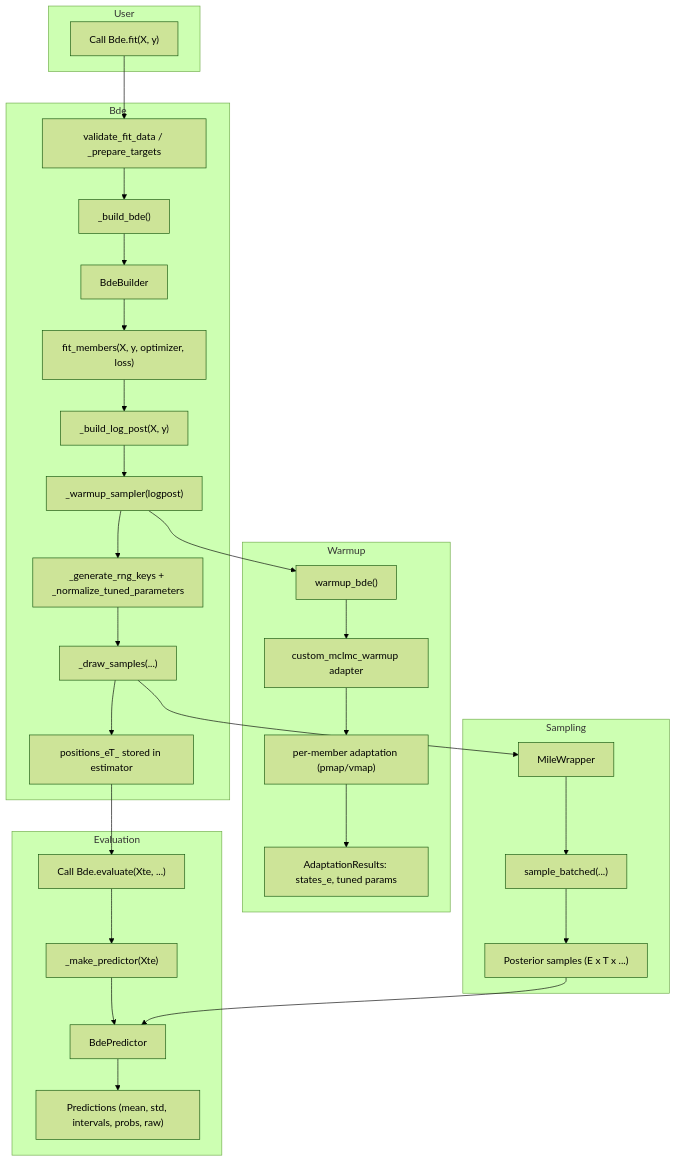
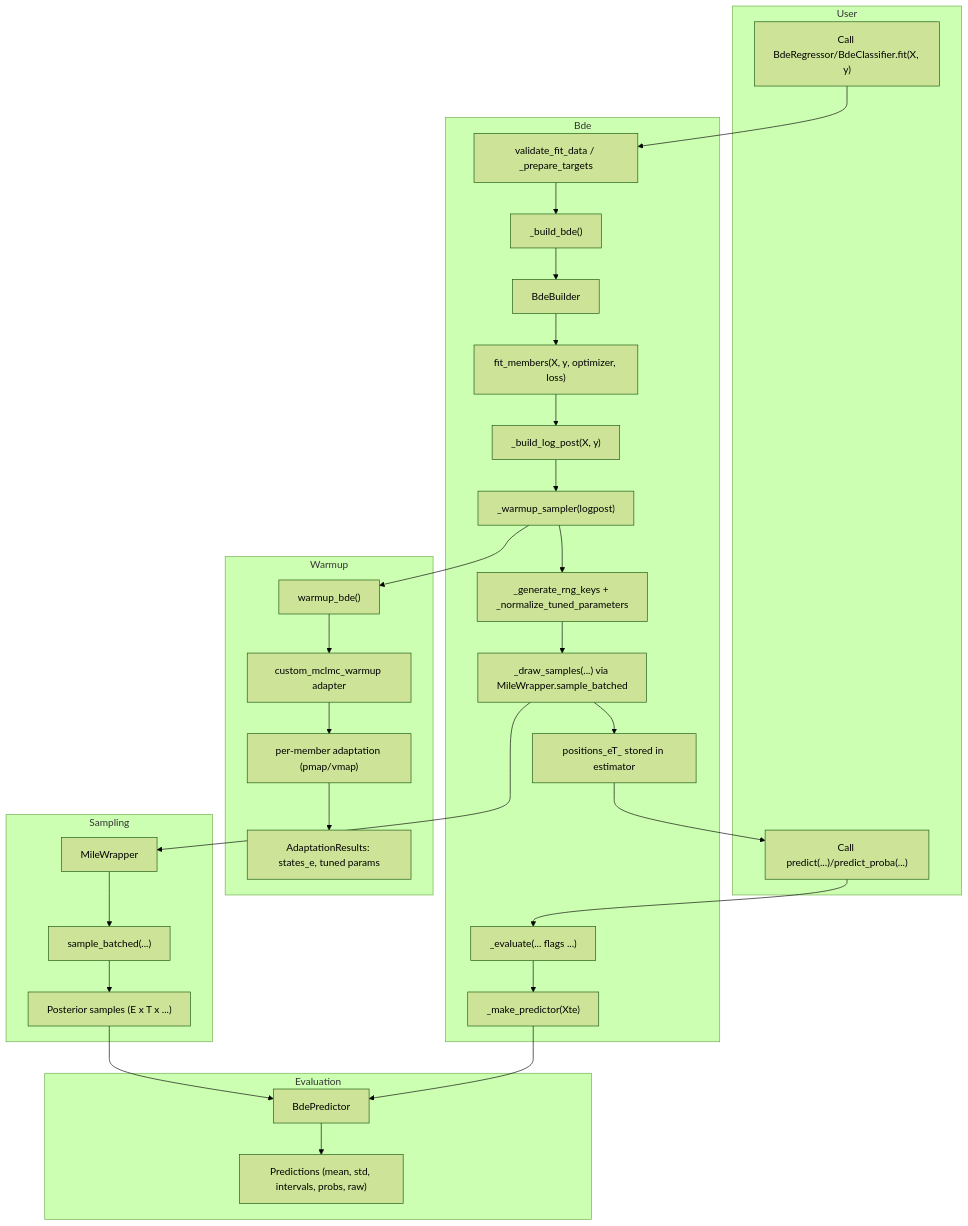
Before and after one commit to vyron-arvanitis/bde: the diagram in README.md, drawn with Mermaid (forest theme). The commit also changed other lines of this file and 2 other files, not shown here.

````diff
--- a/README.md
+++ b/README.md
@@ -177,45 +238,46 @@
 ```mermaid
 flowchart TD
     subgraph User
-        FitCall["Call Bde.fit(X, y)"]
+        FitCall["Call BdeRegressor/BdeClassifier.fit(X, y)"]
+        PredCall["Call predict(...)/predict_proba(...)"]
     end
 
     subgraph Bde
         Validate["validate_fit_data / _prepare_targets"]
         Build["_build_bde()"]
         Builder["BdeBuilder"]
         Train["fit_members(X, y, optimizer, loss)"]
         LogPost["_build_log_post(X, y)"]
         WarmSampler["_warmup_sampler(logpost)"]
         Keys["_generate_rng_keys + _normalize_tuned_parameters"]
-        Draw["_draw_samples(...)"]
+        Draw["_draw_samples(...) via MileWrapper.sample_batched"]
         Cache["positions_eT_ stored in estimator"]
+        Eval["_evaluate(... flags ...)"]
+        MakePred["_make_predictor(Xte)"]
     end
 
     subgraph Warmup
         Warm["warmup_bde()"]
         Adapter["custom_mclmc_warmup adapter"]
         Adapt["per-member adaptation (pmap/vmap)"]
         Results["AdaptationResults: states_e, tuned params"]
     end
 
     subgraph Sampling
         Wrapper["MileWrapper"]
         Batch["sample_batched(...)"]
         Posterior["Posterior samples (E x T x ...)"]
     end
 
     subgraph Evaluation
-        EvalCall["Call Bde.evaluate(Xte, ...)"]
-        MakePred["_make_predictor(Xte)"]
         Predictor["BdePredictor"]
         Outputs["Predictions (mean, std, intervals, probs, raw)"]
     end
 
     FitCall --> Validate --> Build --> Builder
     Builder --> Train --> LogPost --> WarmSampler --> Keys --> Draw --> Cache
     WarmSampler --> Warm --> Adapter --> Adapt --> Results
     Draw --> Wrapper --> Batch --> Posterior
-    Cache --> EvalCall --> MakePred --> Predictor --> Outputs
+    Cache --> PredCall --> Eval --> MakePred --> Predictor --> Outputs
     Posterior --> Predictor
 ```
````
